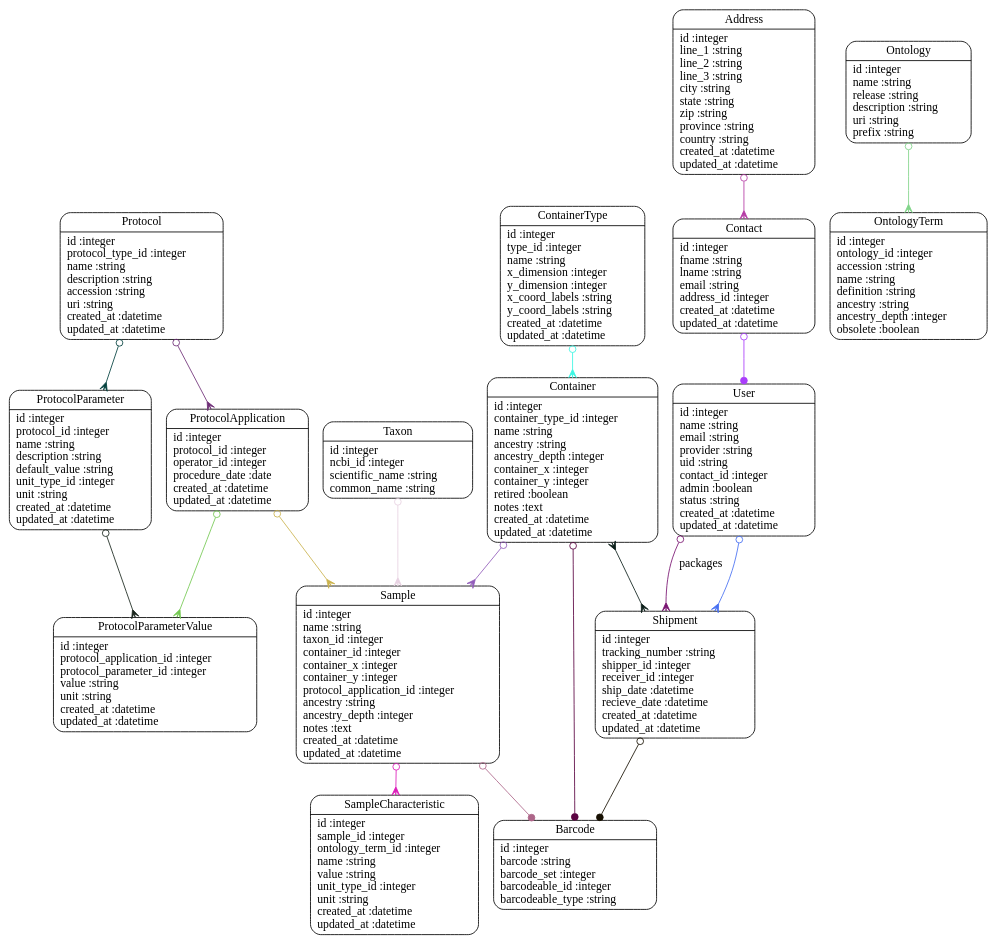
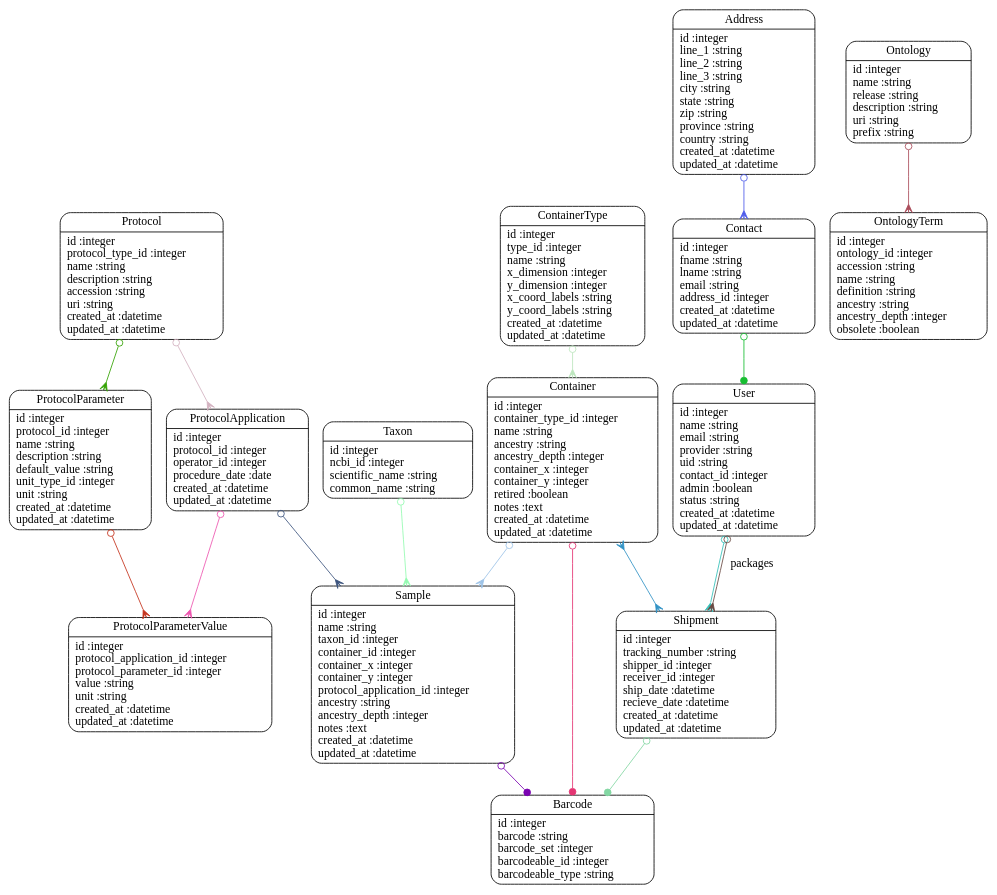
One commit to dimitras/collos changed the diagram in models.dot. Above: the diagram before and after it, drawn with Graphviz. The commit also changed 5 other files, not shown here.

```diff
--- a/models.dot
+++ b/models.dot
@@ -1,37 +1,35 @@
 digraph models_diagram {
 	graph[overlap=false, splines=true]
 	"Address" [shape=Mrecord, label="{Address|id :integer\lline_1 :string\lline_2 :string\lline_3 :string\lcity :string\lstate :string\lzip :string\lprovince :string\lcountry :string\lcreated_at :datetime\lupdated_at :datetime\l}"]
 	"Barcode" [shape=Mrecord, label="{Barcode|id :integer\lbarcode :string\lbarcode_set :integer\lbarcodeable_id :integer\lbarcodeable_type :string\l}"]
 	"Contact" [shape=Mrecord, label="{Contact|id :integer\lfname :string\llname :string\lemail :string\laddress_id :integer\lcreated_at :datetime\lupdated_at :datetime\l}"]
 	"Container" [shape=Mrecord, label="{Container|id :integer\lcontainer_type_id :integer\lname :string\lancestry :string\lancestry_depth :integer\lcontainer_x :integer\lcontainer_y :integer\lretired :boolean\lnotes :text\lcreated_at :datetime\lupdated_at :datetime\l}"]
 	"ContainerType" [shape=Mrecord, label="{ContainerType|id :integer\ltype_id :integer\lname :string\lx_dimension :integer\ly_dimension :integer\lx_coord_labels :string\ly_coord_labels :string\lcreated_at :datetime\lupdated_at :datetime\l}"]
 	"Ontology" [shape=Mrecord, label="{Ontology|id :integer\lname :string\lrelease :string\ldescription :string\luri :string\lprefix :string\l}"]
 	"OntologyTerm" [shape=Mrecord, label="{OntologyTerm|id :integer\lontology_id :integer\laccession :string\lname :string\ldefinition :string\lancestry :string\lancestry_depth :integer\lobsolete :boolean\l}"]
 	"Protocol" [shape=Mrecord, label="{Protocol|id :integer\lprotocol_type_id :integer\lname :string\ldescription :string\laccession :string\luri :string\lcreated_at :datetime\lupdated_at :datetime\l}"]
 	"ProtocolApplication" [shape=Mrecord, label="{ProtocolApplication|id :integer\lprotocol_id :integer\loperator_id :integer\lprocedure_date :date\lcreated_at :datetime\lupdated_at :datetime\l}"]
 	"ProtocolParameter" [shape=Mrecord, label="{ProtocolParameter|id :integer\lprotocol_id :integer\lname :string\ldescription :string\ldefault_value :string\lunit_type_id :integer\lunit :string\lcreated_at :datetime\lupdated_at :datetime\l}"]
 	"ProtocolParameterValue" [shape=Mrecord, label="{ProtocolParameterValue|id :integer\lprotocol_application_id :integer\lprotocol_parameter_id :integer\lvalue :string\lunit :string\lcreated_at :datetime\lupdated_at :datetime\l}"]
 	"Sample" [shape=Mrecord, label="{Sample|id :integer\lname :string\ltaxon_id :integer\lcontainer_id :integer\lcontainer_x :integer\lcontainer_y :integer\lprotocol_application_id :integer\lancestry :string\lancestry_depth :integer\lnotes :text\lcreated_at :datetime\lupdated_at :datetime\l}"]
-	"SampleCharacteristic" [shape=Mrecord, label="{SampleCharacteristic|id :integer\lsample_id :integer\lontology_term_id :integer\lname :string\lvalue :string\lunit_type_id :integer\lunit :string\lcreated_at :datetime\lupdated_at :datetime\l}"]
 	"Shipment" [shape=Mrecord, label="{Shipment|id :integer\ltracking_number :string\lshipper_id :integer\lreceiver_id :integer\lship_date :datetime\lrecieve_date :datetime\lcreated_at :datetime\lupdated_at :datetime\l}"]
 	"Taxon" [shape=Mrecord, label="{Taxon|id :integer\lncbi_id :integer\lscientific_name :string\lcommon_name :string\l}"]
 	"User" [shape=Mrecord, label="{User|id :integer\lname :string\lemail :string\lprovider :string\luid :string\lcontact_id :integer\ladmin :boolean\lstatus :string\lcreated_at :datetime\lupdated_at :datetime\l}"]
-	"Address" -> "Contact" [arrowtail=odot, arrowhead=crow, dir=both color="#B43AA4"]
-	"Contact" -> "User" [arrowtail=odot, arrowhead=dot, dir=both color="#AA3DFB"]
-	"Container" -> "Sample" [arrowtail=odot, arrowhead=crow, dir=both color="#925CBA"]
-	"Container" -> "Barcode" [arrowtail=odot, arrowhead=dot, dir=both color="#5B0442"]
-	"Container" -> "Shipment" [arrowtail=crow, arrowhead=crow, dir=both color="#0B1E1A"]
-	"ContainerType" -> "Container" [arrowtail=odot, arrowhead=crow, dir=both color="#3CF6E3"]
-	"Ontology" -> "OntologyTerm" [arrowtail=odot, arrowhead=crow, dir=both color="#81D48A"]
-	"Protocol" -> "ProtocolApplication" [arrowtail=odot, arrowhead=crow, dir=both color="#6E2E77"]
-	"Protocol" -> "ProtocolParameter" [arrowtail=odot, arrowhead=crow, dir=both color="#03413E"]
-	"ProtocolApplication" -> "Sample" [arrowtail=odot, arrowhead=crow, dir=both color="#CBB34E"]
-	"ProtocolApplication" -> "ProtocolParameterValue" [arrowtail=odot, arrowhead=crow, dir=both color="#74C951"]
-	"ProtocolParameter" -> "ProtocolParameterValue" [arrowtail=odot, arrowhead=crow, dir=both color="#19251C"]
-	"Sample" -> "Barcode" [arrowtail=odot, arrowhead=dot, dir=both color="#AD6689"]
-	"Sample" -> "SampleCharacteristic" [arrowtail=odot, arrowhead=crow, dir=both color="#DD1DBA"]
-	"Shipment" -> "Barcode" [arrowtail=odot, arrowhead=dot, dir=both color="#171002"]
-	"Taxon" -> "Sample" [arrowtail=odot, arrowhead=crow, dir=both color="#E8D2E2"]
-	"User" -> "Shipment" [arrowtail=odot, arrowhead=crow, dir=both color="#476FF2"]
-	"User" -> "Shipment" [label="packages", arrowtail=odot, arrowhead=crow, dir=both color="#791370"]
+	"Address" -> "Contact" [arrowtail=odot, arrowhead=crow, dir=both color="#4D5BEA"]
+	"Contact" -> "User" [arrowtail=odot, arrowhead=dot, dir=both color="#17BE31"]
+	"Container" -> "Sample" [arrowtail=odot, arrowhead=crow, dir=both color="#9DC3E7"]
+	"Container" -> "Barcode" [arrowtail=odot, arrowhead=dot, dir=both color="#E43573"]
+	"Container" -> "Shipment" [arrowtail=crow, arrowhead=crow, dir=both color="#3092C5"]
+	"ContainerType" -> "Container" [arrowtail=odot, arrowhead=crow, dir=both color="#BDE6BE"]
+	"Ontology" -> "OntologyTerm" [arrowtail=odot, arrowhead=crow, dir=both color="#AB4D5B"]
+	"Protocol" -> "ProtocolApplication" [arrowtail=odot, arrowhead=crow, dir=both color="#D3B2C0"]
+	"Protocol" -> "ProtocolParameter" [arrowtail=odot, arrowhead=crow, dir=both color="#34A203"]
+	"ProtocolApplication" -> "Sample" [arrowtail=odot, arrowhead=crow, dir=both color="#3C547E"]
+	"ProtocolApplication" -> "ProtocolParameterValue" [arrowtail=odot, arrowhead=crow, dir=both color="#EE55B0"]
+	"ProtocolParameter" -> "ProtocolParameterValue" [arrowtail=odot, arrowhead=crow, dir=both color="#C4301A"]
+	"Sample" -> "Barcode" [arrowtail=odot, arrowhead=dot, dir=both color="#7A03B1"]
+	"Shipment" -> "Barcode" [arrowtail=odot, arrowhead=dot, dir=both color="#83D7A3"]
+	"Taxon" -> "Sample" [arrowtail=odot, arrowhead=crow, dir=both color="#94FBB1"]
+	"User" -> "Shipment" [arrowtail=odot, arrowhead=crow, dir=both color="#33BFB8"]
+	"User" -> "Shipment" [label="packages", arrowtail=odot, arrowhead=crow, dir=both color="#694A43"]
 }
```
